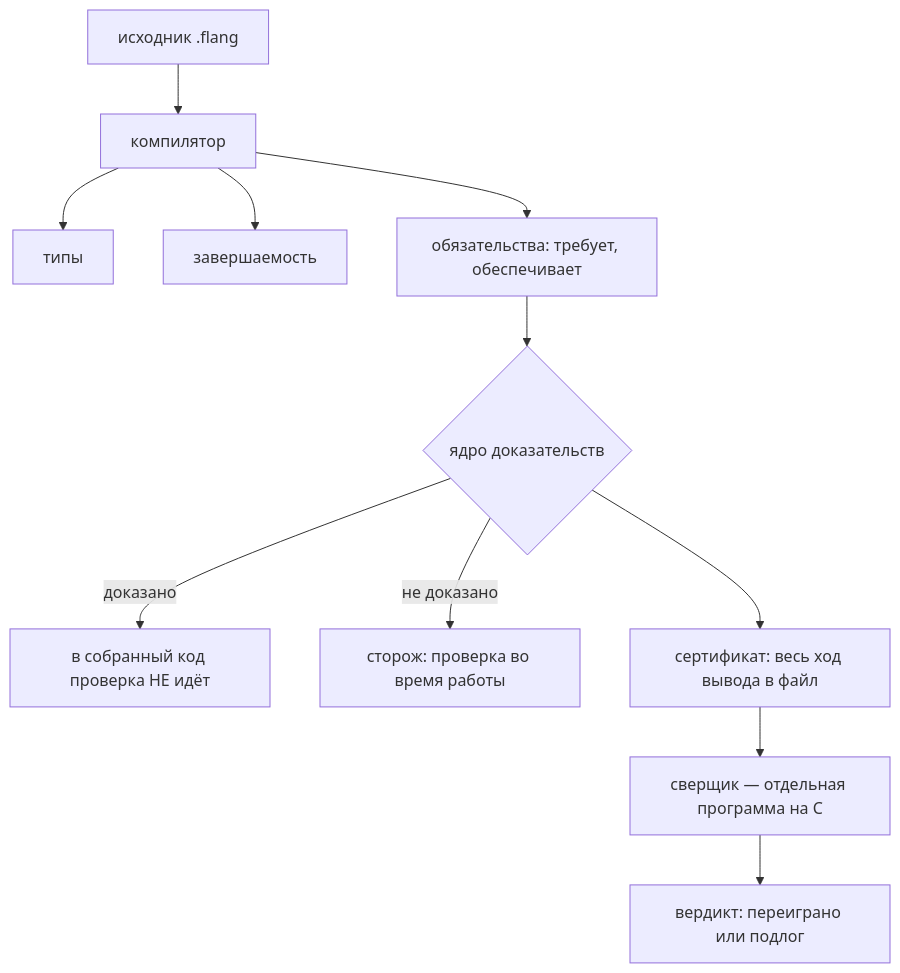
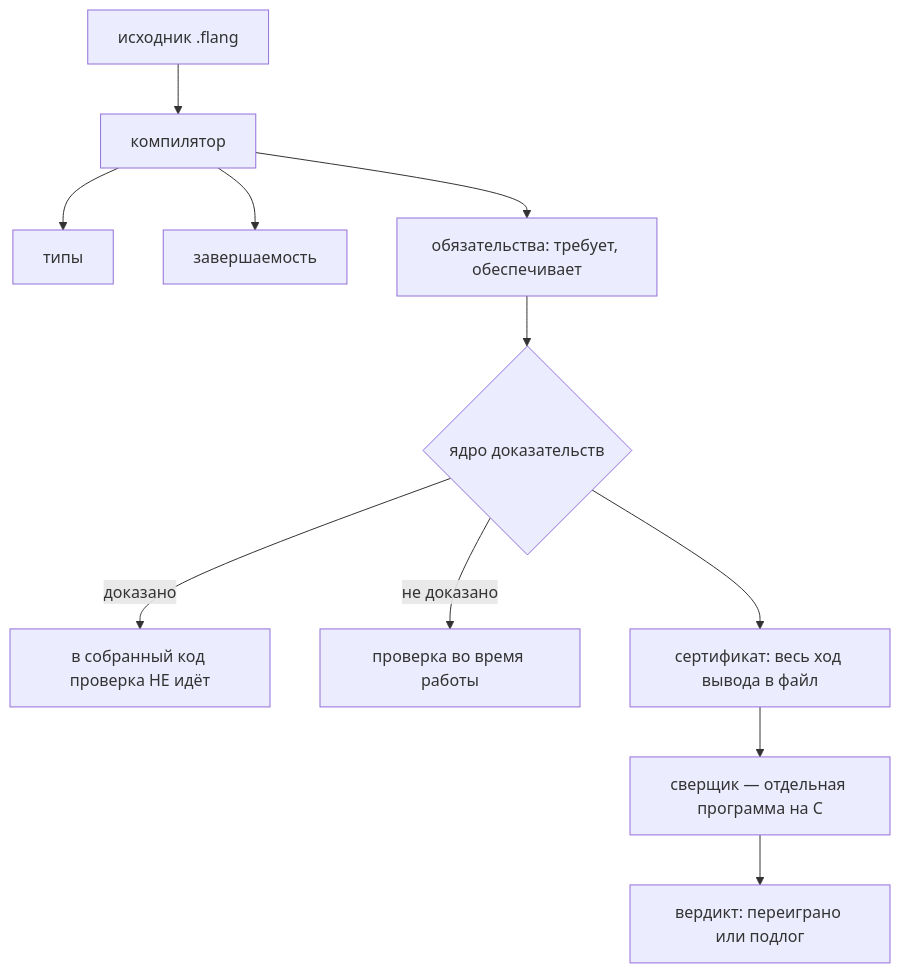
Before and after one commit to digitable-lol/flang: the diagram in docs/site/how-proofs-work.ru.md, drawn with Mermaid. The commit also changed other lines of this file and 2 other files, not shown here.

````diff
--- a/docs/site/how-proofs-work.ru.md
+++ b/docs/site/how-proofs-work.ru.md
@@ -18,16 +18,16 @@
 ```mermaid Путь от исходника до вердикта
 flowchart TD
   A[исходник .flang] --> B[компилятор]
   B --> C[типы]
   B --> D[завершаемость]
   B --> E[обязательства: требует, обеспечивает]
   E --> F{ядро доказательств}
   F -->|доказано| G[в собранный код проверка НЕ идёт]
-  F -->|не доказано| H[сторож: проверка во время работы]
+  F -->|не доказано| H[проверка во время работы]
   F --> I[сертификат: весь ход вывода в файл]
   I --> J[сверщик — отдельная программа на C]
   J --> K[вердикт: переиграно или подлог]
   class F glavnoe
   class G vyvod
   class H otkaz
 ```
````
